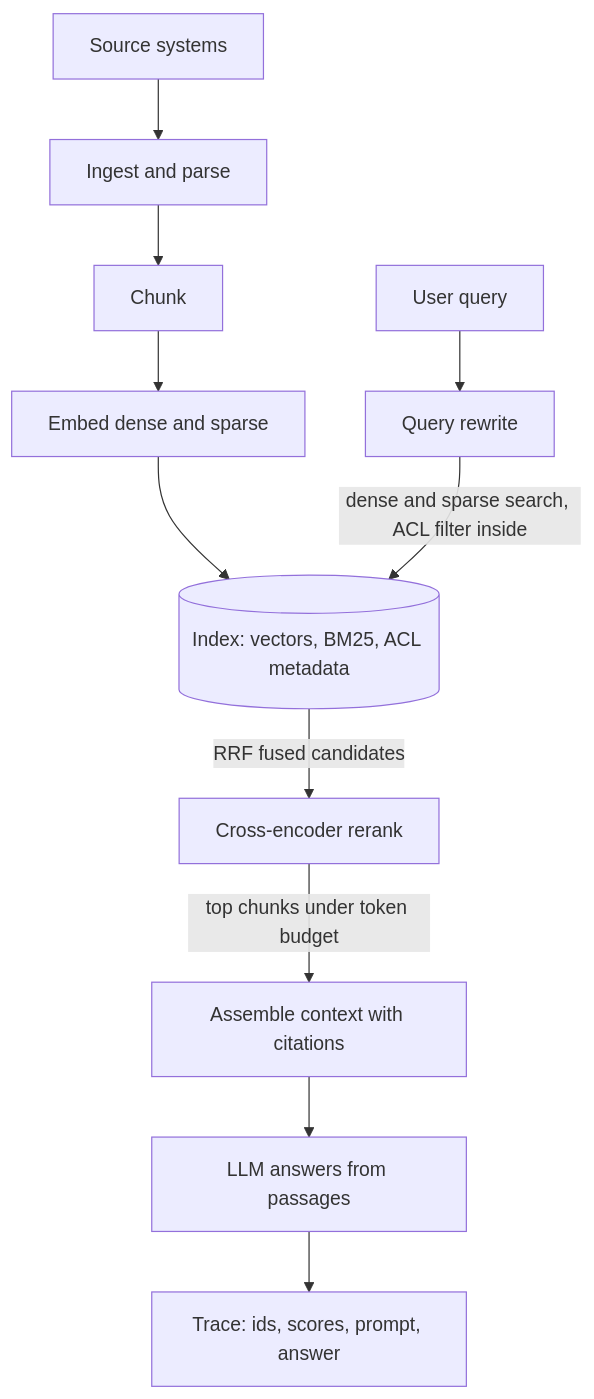
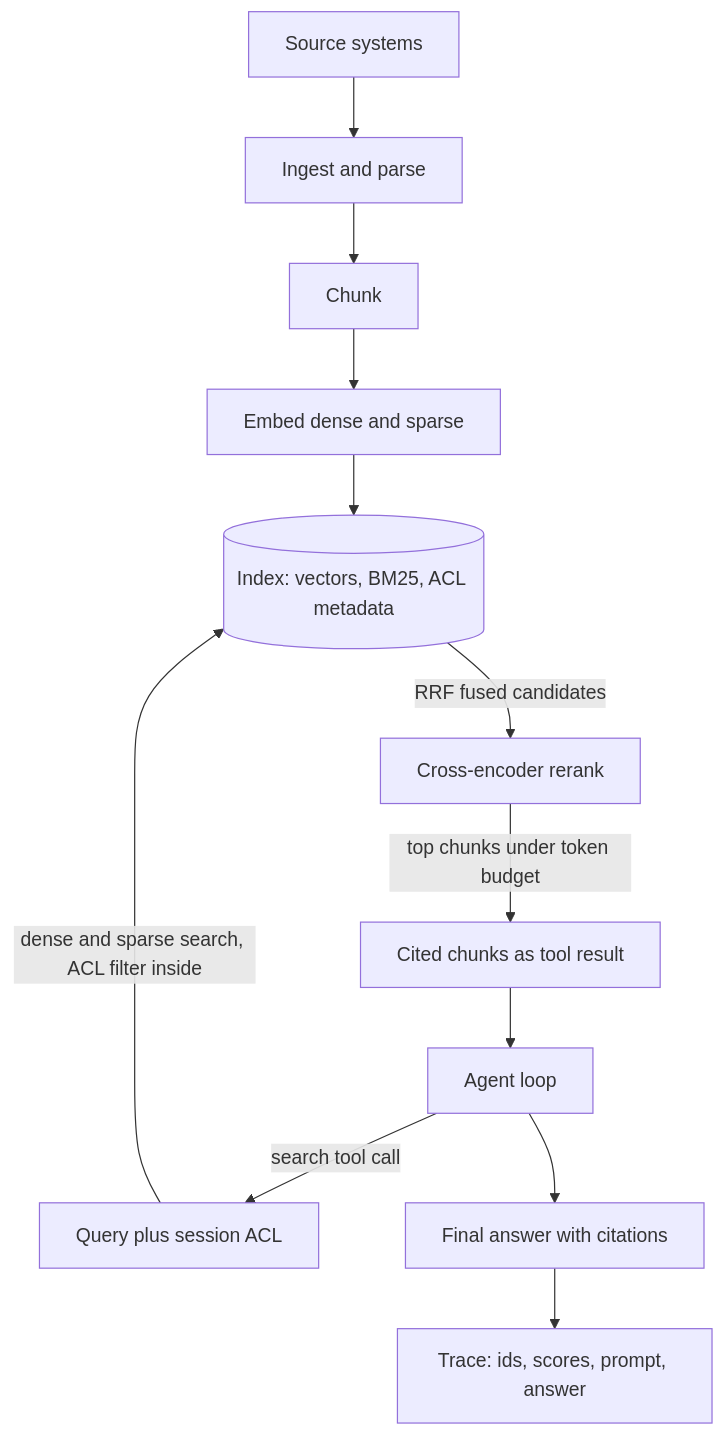
One commit to lovishmahajan97/agentic-learning changed the diagram in content/system-design/rag-architecture.md. Above: the diagram before and after it, drawn with Mermaid. The commit also changed other lines of this file and 266 other files, not shown here.

````diff
--- a/content/system-design/rag-architecture.md
+++ b/content/system-design/rag-architecture.md
@@ -133,13 +163,14 @@
 ```mermaid
 flowchart TD
     S["Source systems"] --> I["Ingest and parse"]
     I --> CH["Chunk"]
     CH --> E["Embed dense and sparse"]
     E --> X[("Index: vectors, BM25, ACL metadata")]
-    Q["User query"] --> R["Query rewrite"]
+    AG["Agent loop"] -->|"search tool call"| R["Query plus session ACL"]
     R -->|"dense and sparse search, ACL filter inside"| X
     X -->|"RRF fused candidates"| RR["Cross-encoder rerank"]
-    RR -->|"top chunks under token budget"| A["Assemble context with citations"]
-    A --> G["LLM answers from passages"]
+    RR -->|"top chunks under token budget"| A["Cited chunks as tool result"]
+    A --> AG
+    AG --> G["Final answer with citations"]
     G --> T["Trace: ids, scores, prompt, answer"]
 ```
````
